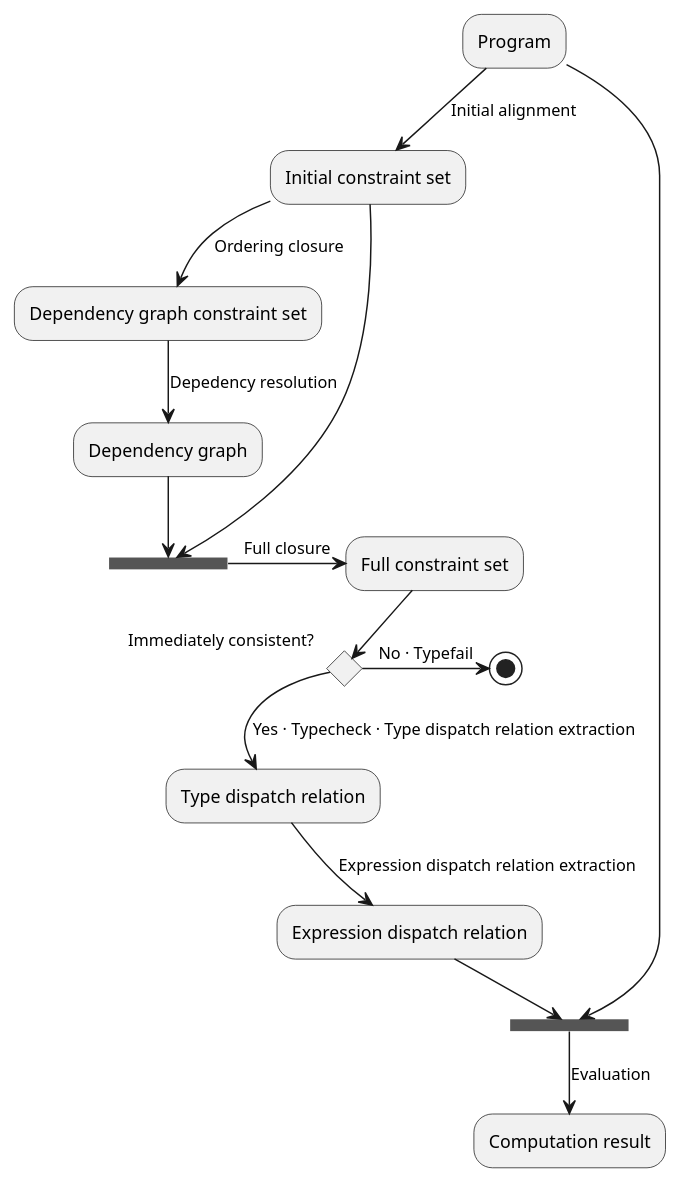
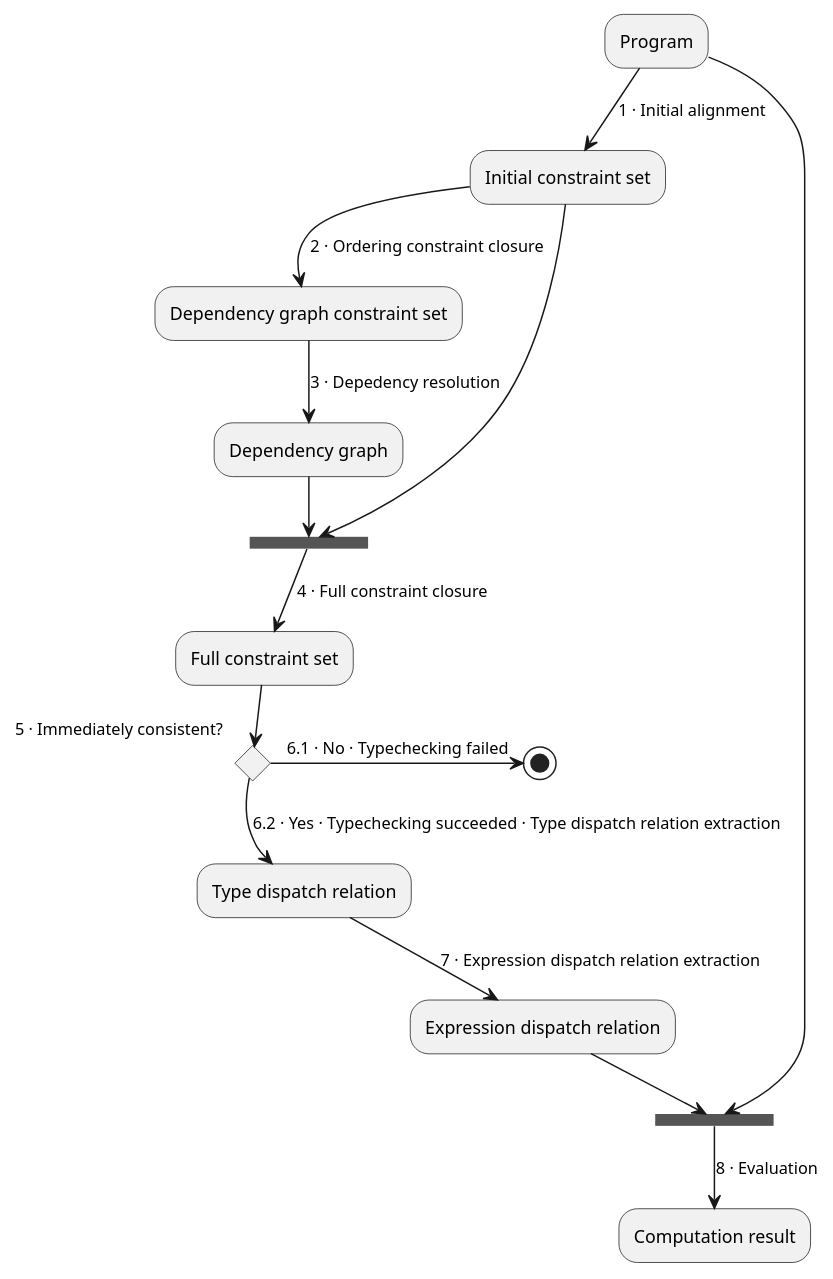
One commit to JHU-PL-Lab/whayrf changed the first of 3 diagrams in docs/implementation-notes.org. Above: the diagram before and after it, drawn with PlantUML. The commit also changed other lines of this file and 3 other files, not shown here.

```diff
--- a/docs/implementation-notes.org
+++ b/docs/implementation-notes.org
@@ -5,17 +5,17 @@
   #+BEGIN_SRC plantuml :file images/overview.png :exports results
-    "Program" -->[Initial alignment] "Initial constraint set"
-    -->[Ordering closure] "Dependency graph constraint set"
-    -->[Depedency resolution] "Dependency graph"
-    --> ===full_closure===
-    "Initial constraint set" --> ===full_closure===
-    ===full_closure=== ->[Full closure] "Full constraint set"
-    if "Immediately consistent?" then
-      ->[No · Typefail] (*)
+    "Program" -->[1 · Initial alignment] "Initial constraint set"
+    -->[2 · Ordering constraint closure] "Dependency graph constraint set"
+    -->[3 · Depedency resolution] "Dependency graph"
+    --> ===full_constraint_closure===
+    "Initial constraint set" --> ===full_constraint_closure===
+    ===full_constraint_closure=== -->[4 · Full constraint closure] "Full constraint set"
+    if "5 · Immediately consistent?" then
+      ->[6.1 · No · Typechecking failed] (*)
     else
-      -->[Yes · Typecheck · Type dispatch relation extraction] "Type dispatch relation"
-      -->[Expression dispatch relation extraction] "Expression dispatch relation"
+      -->[6.2 · Yes · Typechecking succeeded · Type dispatch relation extraction] "Type dispatch relation"
+      -->[7 · Expression dispatch relation extraction] "Expression dispatch relation"
       --> ===evaluation===
       "Program" --> ===evaluation===
-      ===evaluation=== -->[Evaluation] "Computation result"
+      ===evaluation=== -->[8 · Evaluation] "Computation result"
     endif
   #+END_SRC
```
